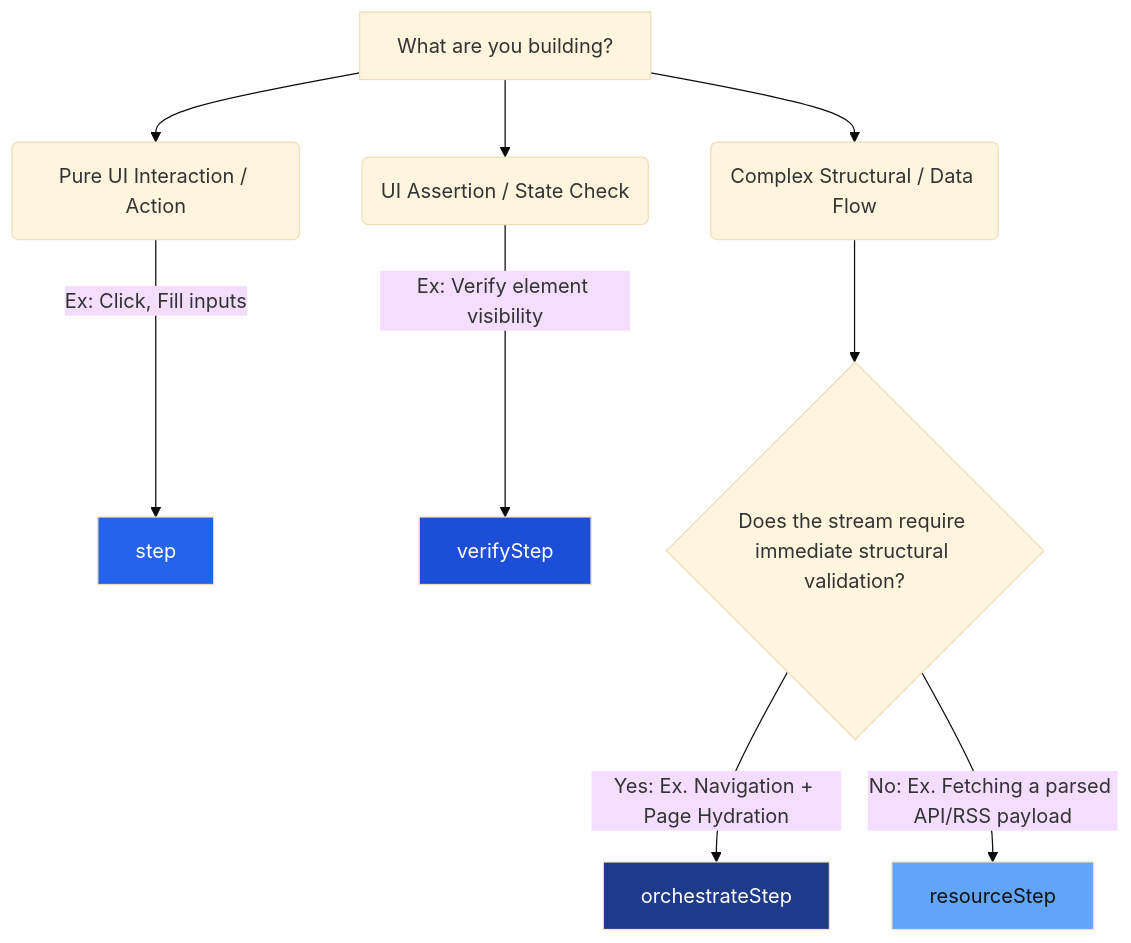
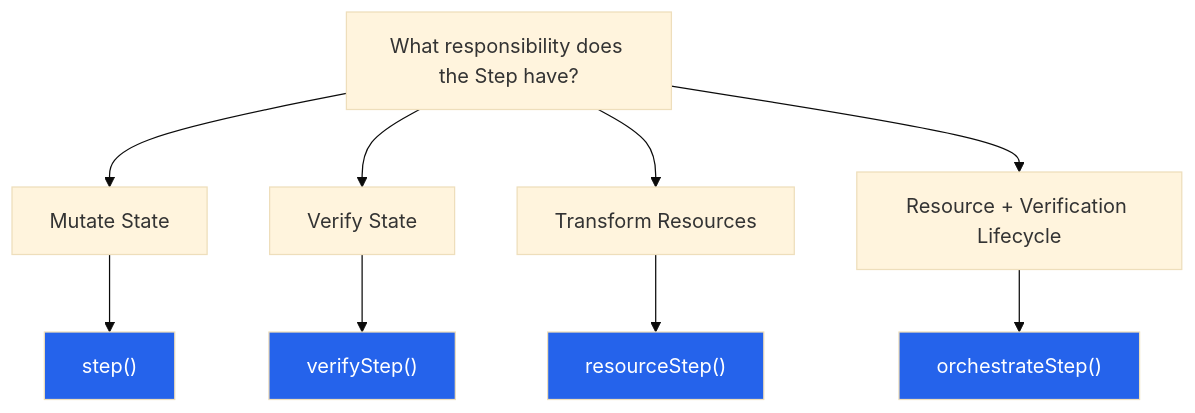
One commit to secorto/secorto_web changed the second of 2 diagrams in packages/step/README.md. Above: the diagram before and after it, drawn with Mermaid (base theme). The commit also changed other lines of this file and 2 other files, not shown here.

First line of the commit message:
Improved step tests (#238)

````diff
--- a/packages/step/README.md
+++ b/packages/step/README.md
@@ -125,18 +175,19 @@
 ```mermaid
 graph TD
-    A[What are you building?] --> B(Pure UI Interaction / Action)
-    A --> C(UI Assertion / State Check)
-    A --> D(Complex Structural / Data Flow)
+    A["What responsibility does the Step have?"]
 
-    B -->|Ex: Click, Fill inputs| E[step]
-    C -->|Ex: Verify element visibility| F[verifyStep]
+    A --> B[Mutate State]
+    A --> C[Verify State]
+    A --> D[Transform Resources]
+    A --> E[Resource + Verification Lifecycle]
 
-    D --> G{Does the stream require immediate structural validation?}
-    G -->|Yes: Ex. Navigation + Page Hydration| H[orchestrateStep]
-    G -->|No: Ex. Fetching a parsed API/RSS payload| I[resourceStep]
+    B --> F["step()"]
+    C --> G["verifyStep()"]
+    D --> H["resourceStep()"]
+    E --> I["orchestrateStep()"]
 
-    style E fill:#2563eb,color:#fff
-    style F fill:#1d4ed8,color:#fff
-    style H fill:#1e3a8a,color:#fff
-    style I fill:#60a5fa,color:#111
+    style F fill:#2563eb,color:#fff
+    style G fill:#2563eb,color:#fff
+    style H fill:#2563eb,color:#fff
+    style I fill:#2563eb,color:#fff
 ```
````
